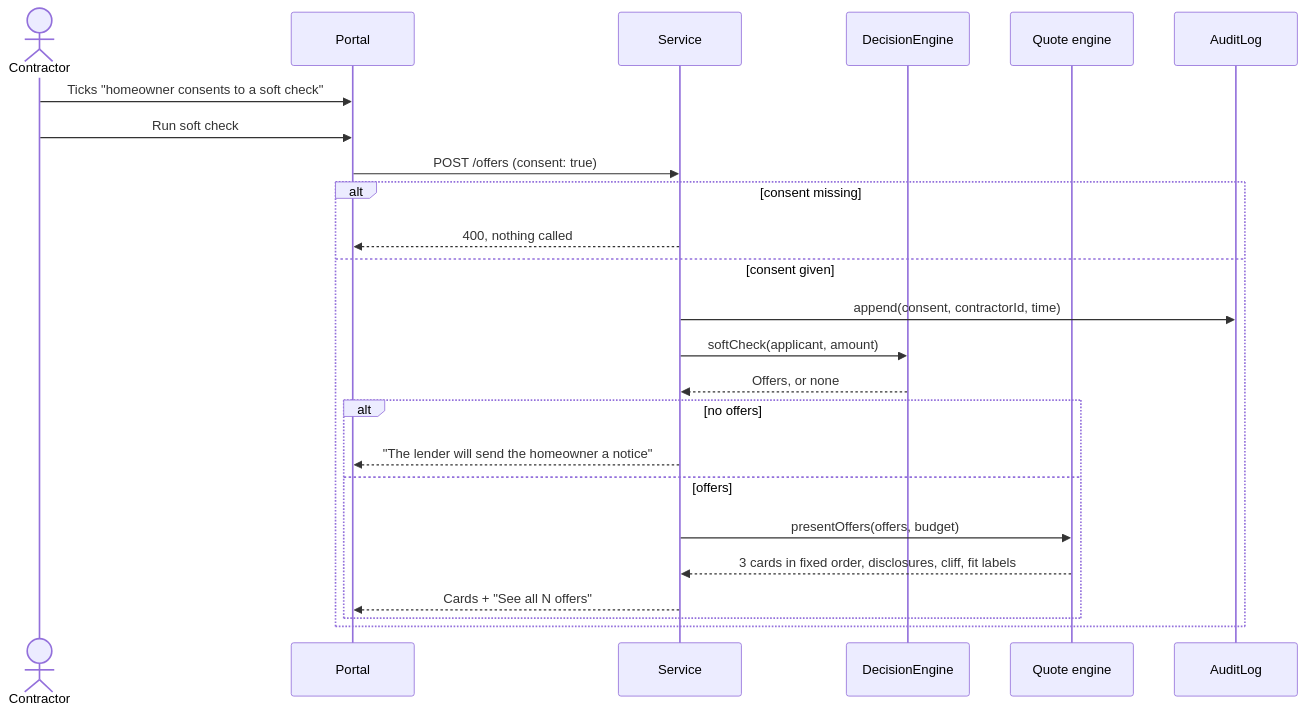
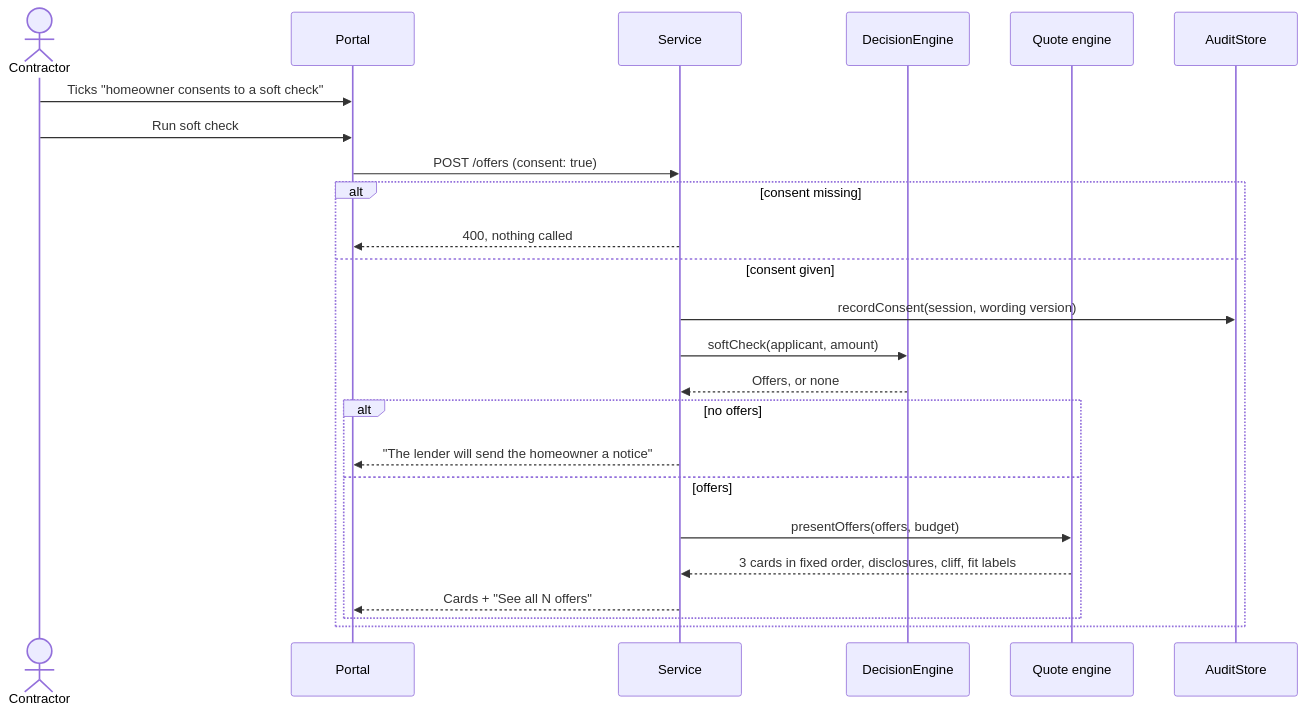
The fourth of 6 diagrams in docs/architecture.md (debudash/loanapp-contractorassist), drawn with Mermaid before and after one commit. The commit also changed other lines of this file and 15 other files, not shown here.

First line of the commit message:
Add decision engine mock, consent and audit store (slice 3)

````diff
--- a/docs/architecture.md
+++ b/docs/architecture.md
@@ -198,27 +201,27 @@
 ```mermaid
 sequenceDiagram
   actor C as Contractor
   participant UI as Portal
   participant S as Service
   participant DE as DecisionEngine
   participant Q as Quote engine
-  participant AL as AuditLog
+  participant AL as AuditStore
 
   C->>UI: Ticks "homeowner consents to a soft check"
   C->>UI: Run soft check
   UI->>S: POST /offers (consent: true)
   alt consent missing
     S-->>UI: 400, nothing called
   else consent given
-    S->>AL: append(consent, contractorId, time)
+    S->>AL: recordConsent(session, wording version)
     S->>DE: softCheck(applicant, amount)
     DE-->>S: Offers, or none
     alt no offers
       S-->>UI: "The lender will send the homeowner a notice"
     else offers
       S->>Q: presentOffers(offers, budget)
       Q-->>S: 3 cards in fixed order, disclosures, cliff, fit labels
       S-->>UI: Cards + "See all N offers"
     end
   end
 ```
````
